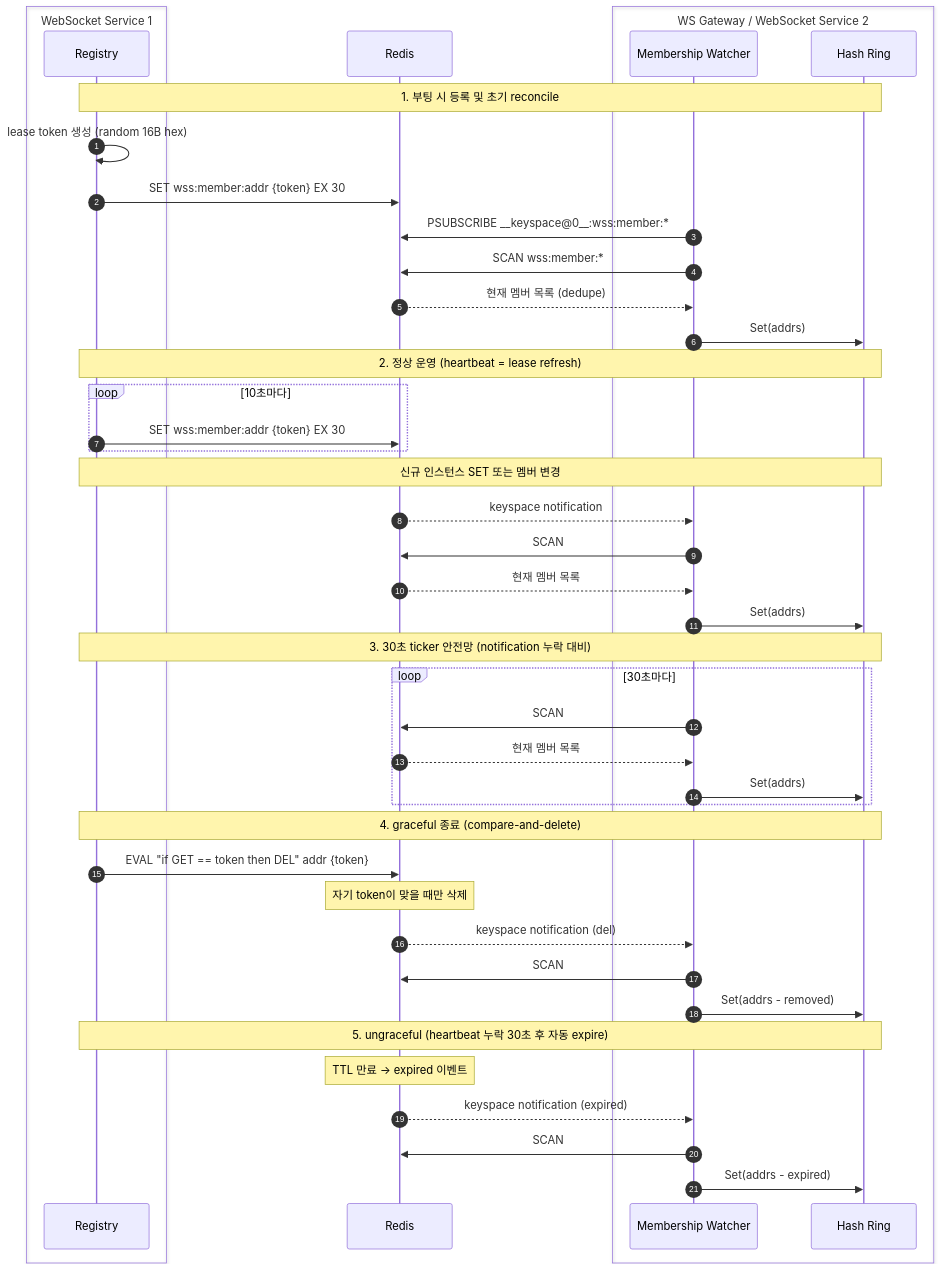
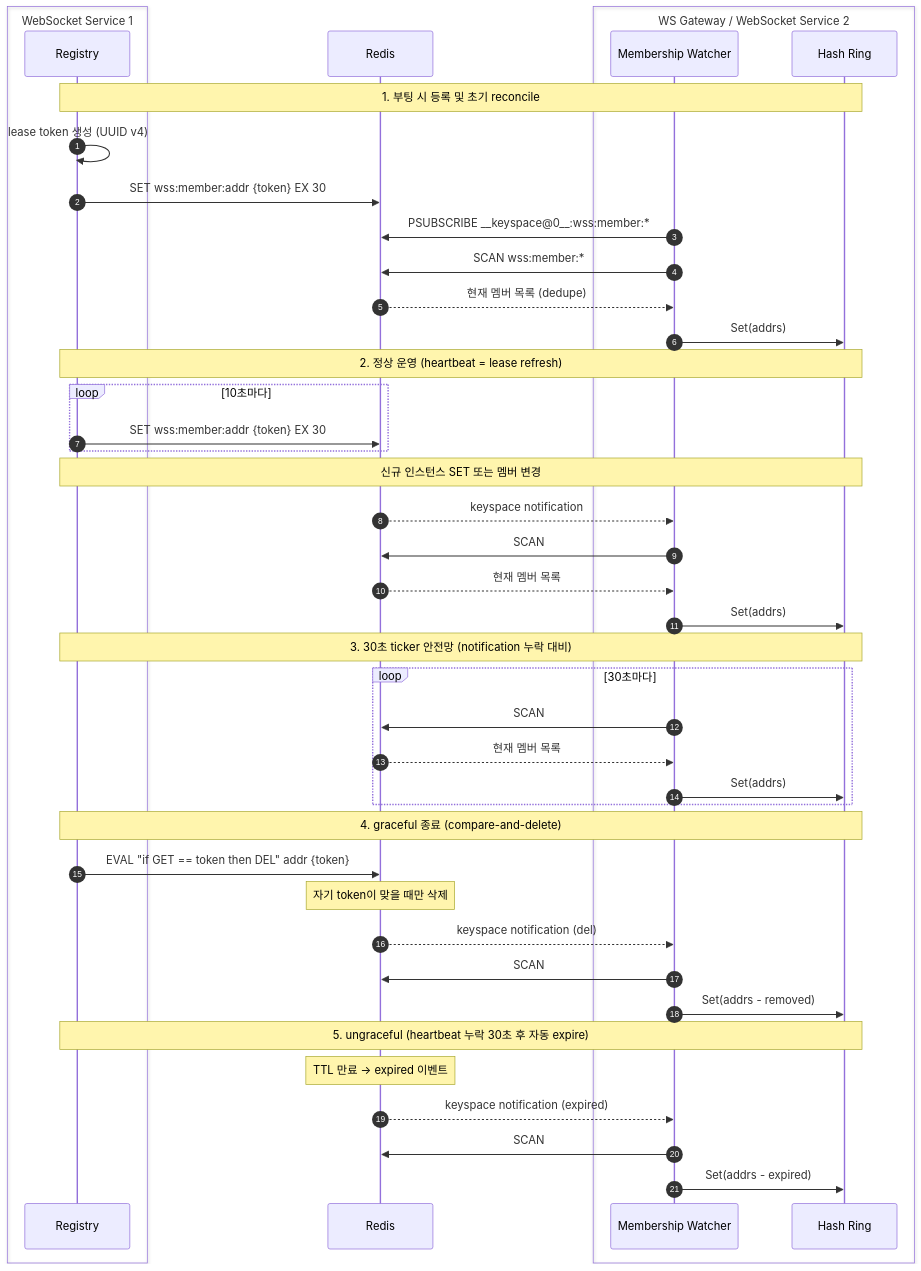
The diagram in docs/diagrams/seq-membership-sync.mmd (happyhun/go-chat-msa), drawn with Mermaid before and after one commit. The commit also changed 4 other files, not shown here.

First line of the commit message:
refactor: lease token을 uuid.NewString으로 통일

```diff
--- a/docs/diagrams/seq-membership-sync.mmd
+++ b/docs/diagrams/seq-membership-sync.mmd
@@ -1,52 +1,52 @@
 sequenceDiagram
     autonumber
 
     box WebSocket Service 1
         participant Reg1 as Registry
     end
 
     participant Redis as Redis
 
     box WS Gateway / WebSocket Service 2
         participant Watcher as Membership Watcher
         participant Ring as Hash Ring
     end
 
     Note over Reg1, Ring: 1. 부팅 시 등록 및 초기 reconcile
-    Reg1->>Reg1: lease token 생성 (random 16B hex)
+    Reg1->>Reg1: lease token 생성 (UUID v4)
     Reg1->>Redis: SET wss:member:addr {token} EX 30
     Watcher->>Redis: PSUBSCRIBE __keyspace@0__:wss:member:*
     Watcher->>Redis: SCAN wss:member:*
     Redis-->>Watcher: 현재 멤버 목록 (dedupe)
     Watcher->>Ring: Set(addrs)
 
     Note over Reg1, Ring: 2. 정상 운영 (heartbeat = lease refresh)
     loop 10초마다
         Reg1->>Redis: SET wss:member:addr {token} EX 30
     end
 
     Note over Reg1, Ring: 신규 인스턴스 SET 또는 멤버 변경
     Redis-->>Watcher: keyspace notification
     Watcher->>Redis: SCAN
     Redis-->>Watcher: 현재 멤버 목록
     Watcher->>Ring: Set(addrs)
 
     Note over Reg1, Ring: 3. 30초 ticker 안전망 (notification 누락 대비)
     loop 30초마다
         Watcher->>Redis: SCAN
         Redis-->>Watcher: 현재 멤버 목록
         Watcher->>Ring: Set(addrs)
     end
 
     Note over Reg1, Ring: 4. graceful 종료 (compare-and-delete)
     Reg1->>Redis: EVAL "if GET == token then DEL" addr {token}
     Note over Redis: 자기 token이 맞을 때만 삭제
     Redis-->>Watcher: keyspace notification (del)
     Watcher->>Redis: SCAN
     Watcher->>Ring: Set(addrs - removed)
 
     Note over Reg1, Ring: 5. ungraceful (heartbeat 누락 30초 후 자동 expire)
     Note over Redis: TTL 만료 → expired 이벤트
     Redis-->>Watcher: keyspace notification (expired)
     Watcher->>Redis: SCAN
     Watcher->>Ring: Set(addrs - expired)
```
